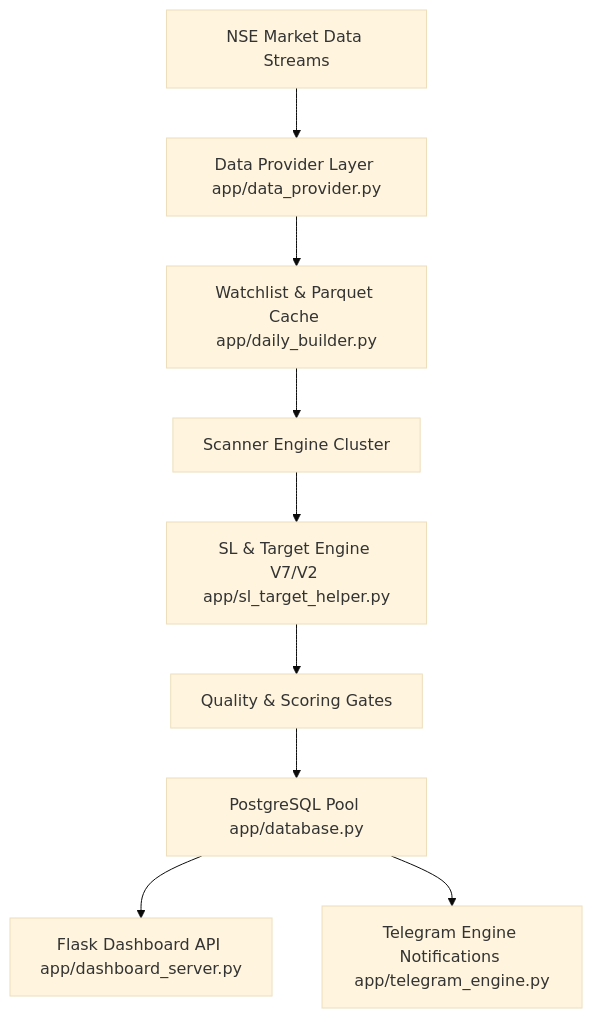
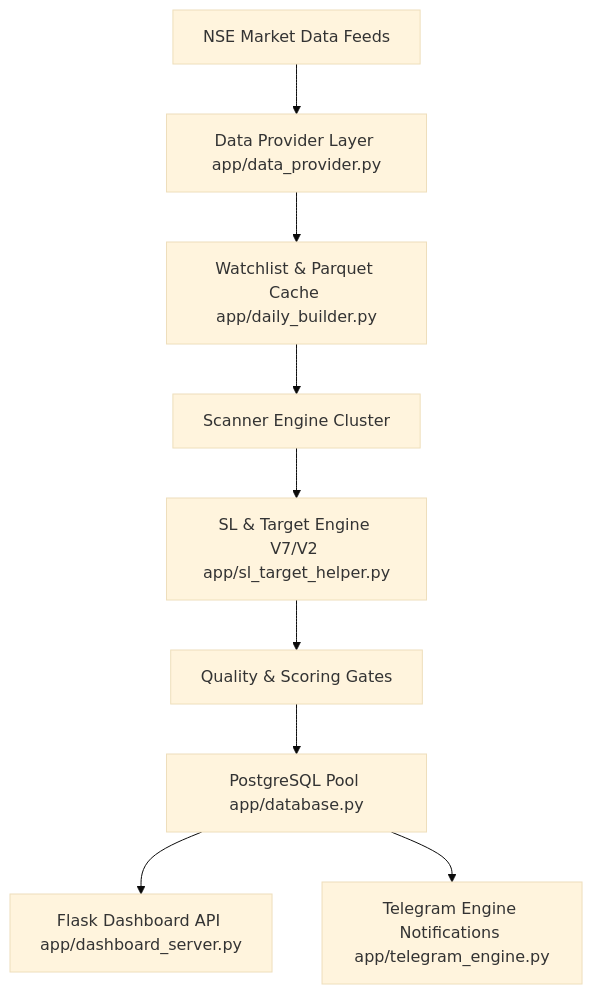
Before and after one commit to 11abhinav/ELITE_BREAKOUT_SYSTEM: the first of 3 diagrams in docs/SYSTEM_ARCHITECTURE.md, drawn with Mermaid (base theme). The commit also changed other lines of this file and 2 other files, not shown here.

````diff
--- a/docs/SYSTEM_ARCHITECTURE.md
+++ b/docs/SYSTEM_ARCHITECTURE.md
@@ -17,11 +19,11 @@
 ```mermaid
 graph TD
-    A[NSE Market Data Streams] --> B[Data Provider Layer app/data_provider.py]
+    A[NSE Market Data Feeds] --> B[Data Provider Layer app/data_provider.py]
     B --> C[Watchlist & Parquet Cache app/daily_builder.py]
     C --> D[Scanner Engine Cluster]
     D --> E[SL & Target Engine V7/V2 app/sl_target_helper.py]
     E --> F[Quality & Scoring Gates]
     F --> G[PostgreSQL Pool app/database.py]
     G --> H[Flask Dashboard API app/dashboard_server.py]
     G --> I[Telegram Engine Notifications app/telegram_engine.py]
 ```
````
